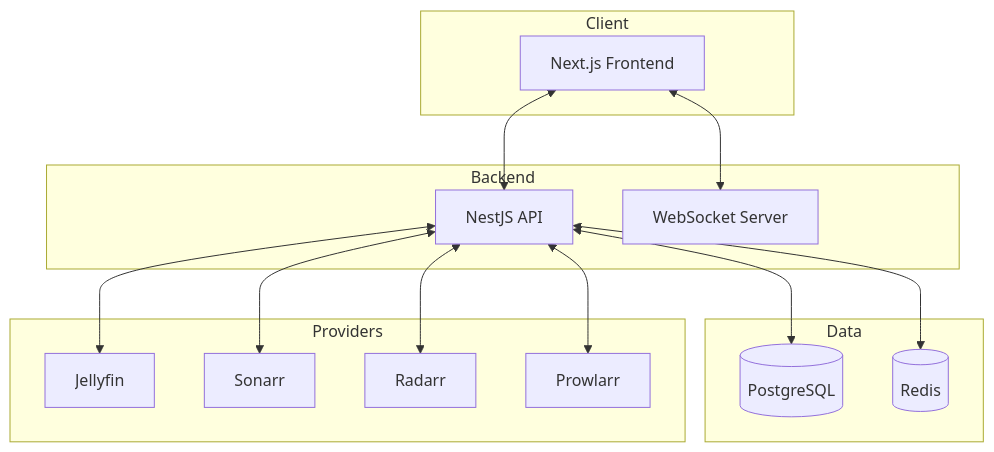
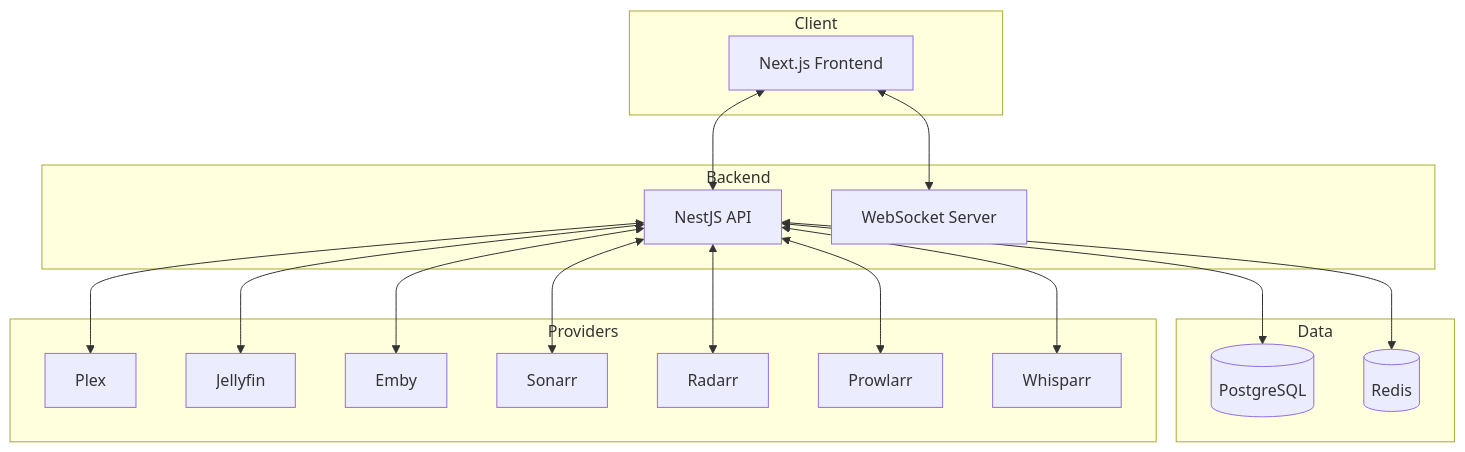
The diagram in README.md (itz4blitz/Logarr), drawn with Mermaid before and after one commit. The commit also changed other lines of this file and 89 other files, not shown here.

````diff
--- a/README.md
+++ b/README.md
@@ -139,29 +139,32 @@
 ```mermaid
 flowchart TB
     subgraph Client
         FE[Next.js Frontend]
     end
 
     subgraph Backend
         API[NestJS API]
         WS[WebSocket Server]
     end
 
     subgraph Data
         PG[(PostgreSQL)]
         RD[(Redis)]
     end
 
     subgraph Providers
+        PX[Plex]
         JF[Jellyfin]
+        EM[Emby]
         SO[Sonarr]
         RA[Radarr]
         PR[Prowlarr]
+        WH[Whisparr]
     end
 
     FE <--> API
     FE <--> WS
     API <--> PG
     API <--> RD
-    API <--> JF & SO & RA & PR
+    API <--> PX & JF & EM & SO & RA & PR & WH
 ```
````
